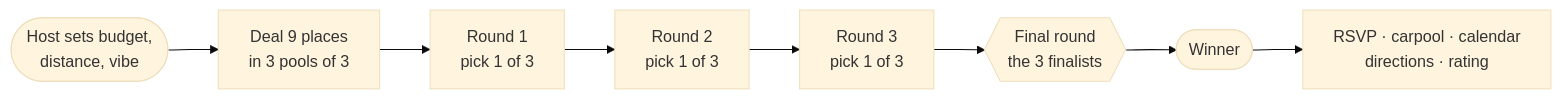
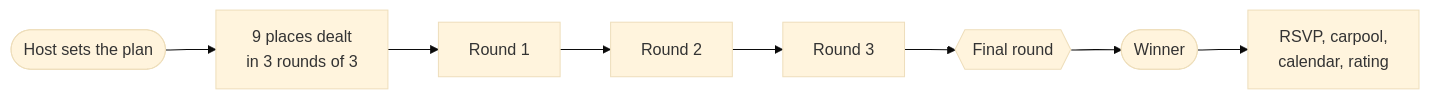
Before and after one commit to aryansajiv19/plan-ind: the first of 2 diagrams in README.md, drawn with Mermaid (base theme). The commit also changed other lines of this file, not shown here.

````diff
--- a/README.md
+++ b/README.md
@@ -46,8 +40,8 @@
 ```mermaid
 flowchart LR
-    H([Host sets budget,<br/>distance, vibe]) --> D[Deal 9 places<br/>in 3 pools of 3]
-    D --> R1[Round 1<br/>pick 1 of 3] --> R2[Round 2<br/>pick 1 of 3] --> R3[Round 3<br/>pick 1 of 3]
-    R3 --> F{{Final round<br/>the 3 finalists}}
-    F --> W([Winner])
-    W --> L[RSVP · carpool · calendar<br/>directions · rating]
+    A([Host sets the plan]) --> B[9 places dealt<br/>in 3 rounds of 3]
+    B --> C[Round 1] --> D[Round 2] --> E[Round 3]
+    E --> F{{Final round}}
+    F --> G([Winner])
+    G --> H[RSVP, carpool,<br/>calendar, rating]
 ```
````
